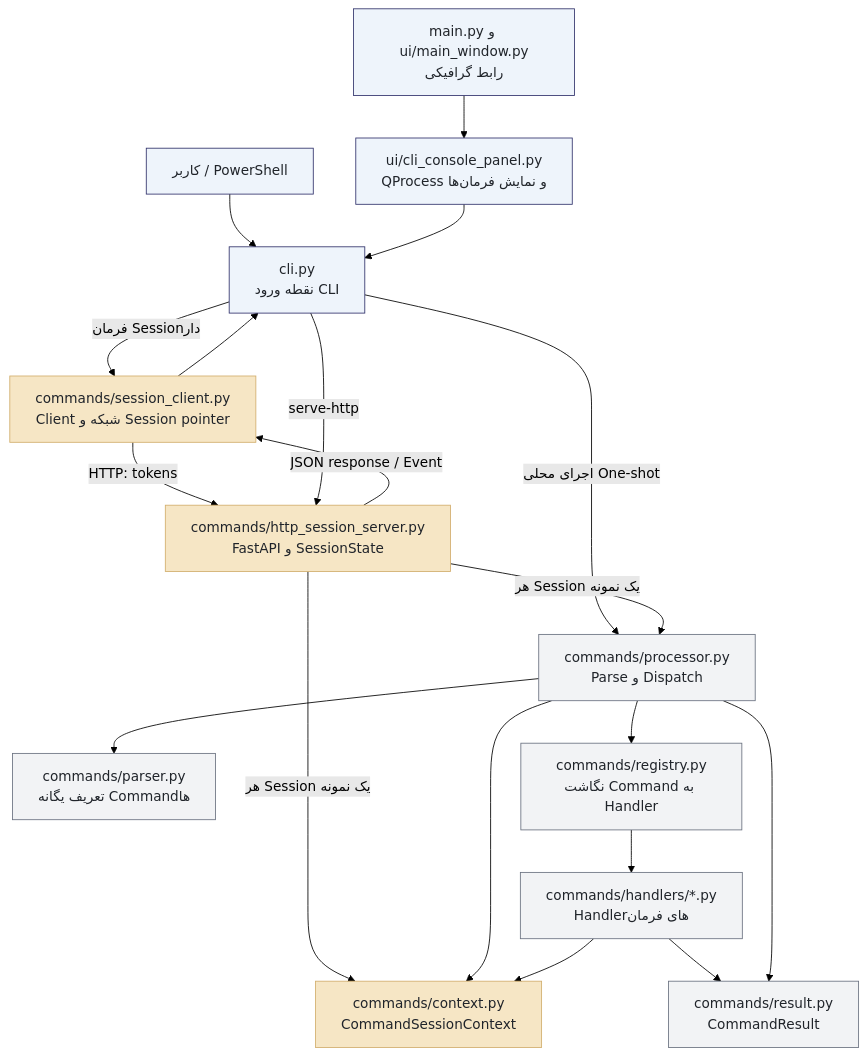
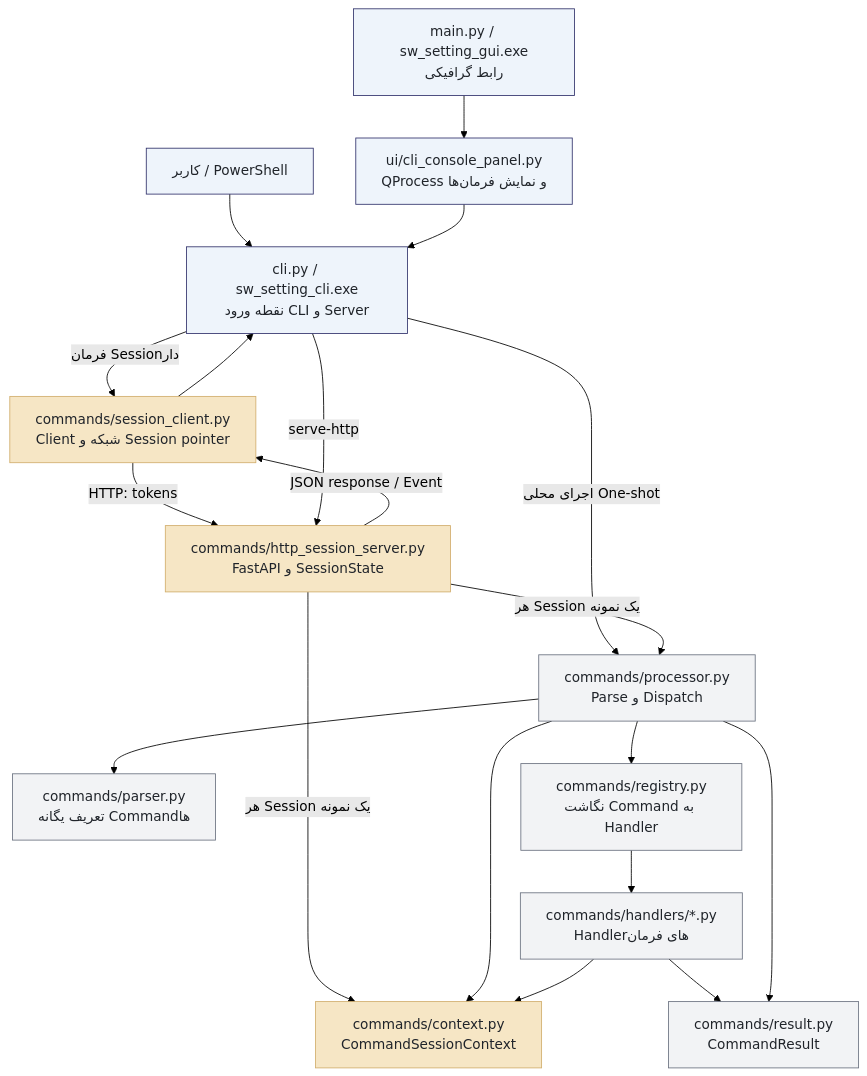
The second of 2 diagrams in PROJECT_PRESENTATION_FA.md (Hosseintvkli/sw_setting), drawn with Mermaid (forest theme) before and after one commit. The commit also changed other lines of this file and 26 other files, not shown here.

````diff
--- a/PROJECT_PRESENTATION_FA.md
+++ b/PROJECT_PRESENTATION_FA.md
@@ -87,41 +87,41 @@
 ```mermaid
 flowchart TB
     operator[کاربر / PowerShell]
-    gui[main.py و ui/main_window.py<br/>رابط گرافیکی]
+    gui[main.py / sw_setting_gui.exe<br/>رابط گرافیکی]
     console[ui/cli_console_panel.py<br/>QProcess و نمایش فرمان‌ها]
-    cli[cli.py<br/>نقطه ورود CLI]
+    cli[cli.py / sw_setting_cli.exe<br/>نقطه ورود CLI و Server]
     client[commands/session_client.py<br/>Client شبکه و Session pointer]
     server[commands/http_session_server.py<br/>FastAPI و SessionState]
     context[commands/context.py<br/>CommandSessionContext]
     processor[commands/processor.py<br/>Parse و Dispatch]
     parser[commands/parser.py<br/>تعریف یگانه Commandها]
     registry[commands/registry.py<br/>نگاشت Command به Handler]
     handlers[commands/handlers/*.py<br/>Handlerهای فرمان]
     result[commands/result.py<br/>CommandResult]
 
     operator --> cli
     gui --> console
     console --> cli
     cli -->|فرمان Sessionدار| client
     client -->|HTTP: tokens| server
     cli -->|اجرای محلی One-shot| processor
     cli -->|serve-http| server
     server -->|هر Session یک نمونه| context
     server -->|هر Session یک نمونه| processor
     processor --> parser
     processor --> registry
     processor --> context
     registry --> handlers
     handlers --> context
     handlers --> result
     processor --> result
     server -->|JSON response / Event| client
     client --> cli
 
     classDef entry fill:#eef4fb,stroke:#32336c,color:#20242a
     classDef session fill:#f6e6c5,stroke:#d2ae6d,color:#20242a
     classDef command fill:#f2f3f5,stroke:#6b7280,color:#20242a
     class operator,gui,console,cli entry
     class client,server,context session
     class processor,parser,registry,handlers,result command
 ```
````
